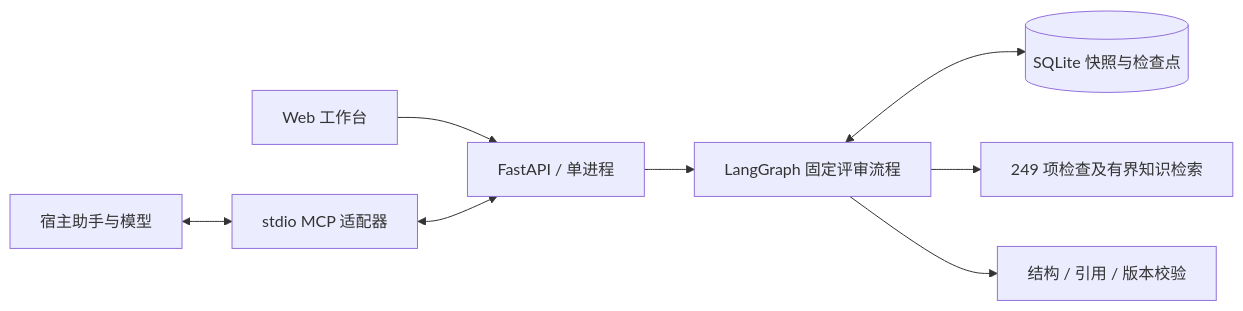
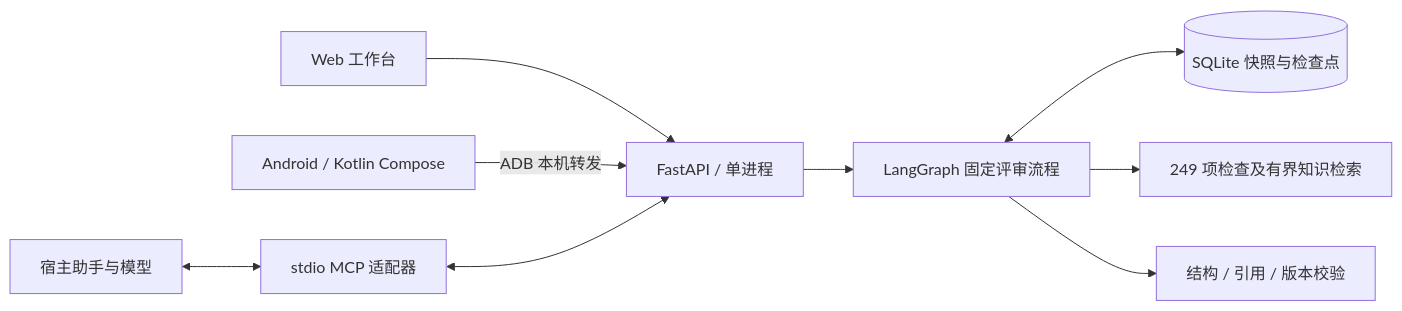
One commit to kuoforever/ai-workspace-mvp changed the first of 2 diagrams in docs/DESIGN.md. Above: the diagram before and after it, drawn with Mermaid. The commit also changed other lines of this file and 13 other files, not shown here.

````diff
--- a/docs/DESIGN.md
+++ b/docs/DESIGN.md
@@ -5,10 +5,11 @@
 ```mermaid
 flowchart LR
     Web[Web 工作台] --> API[FastAPI / 单进程]
+    Android[Android / Kotlin Compose] -->|ADB 本机转发| API
     Host[宿主助手与模型] <--> MCP[stdio MCP 适配器]
     MCP <--> API
     API --> Graph[LangGraph 固定评审流程]
     Graph <--> DB[(SQLite 快照与检查点)]
     Graph --> Knowledge[249 项检查及有界知识检索]
     Graph --> Validate[结构 / 引用 / 版本校验]
 ```
````
